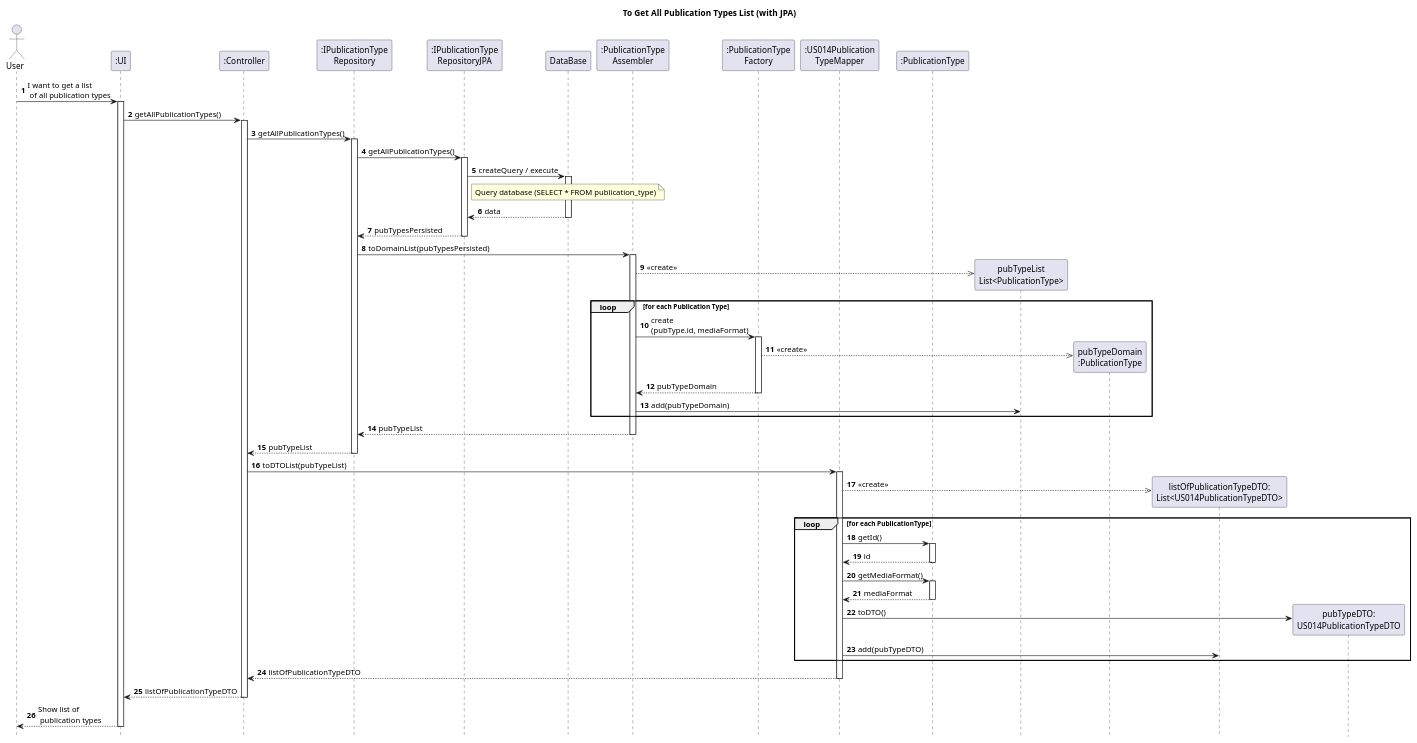
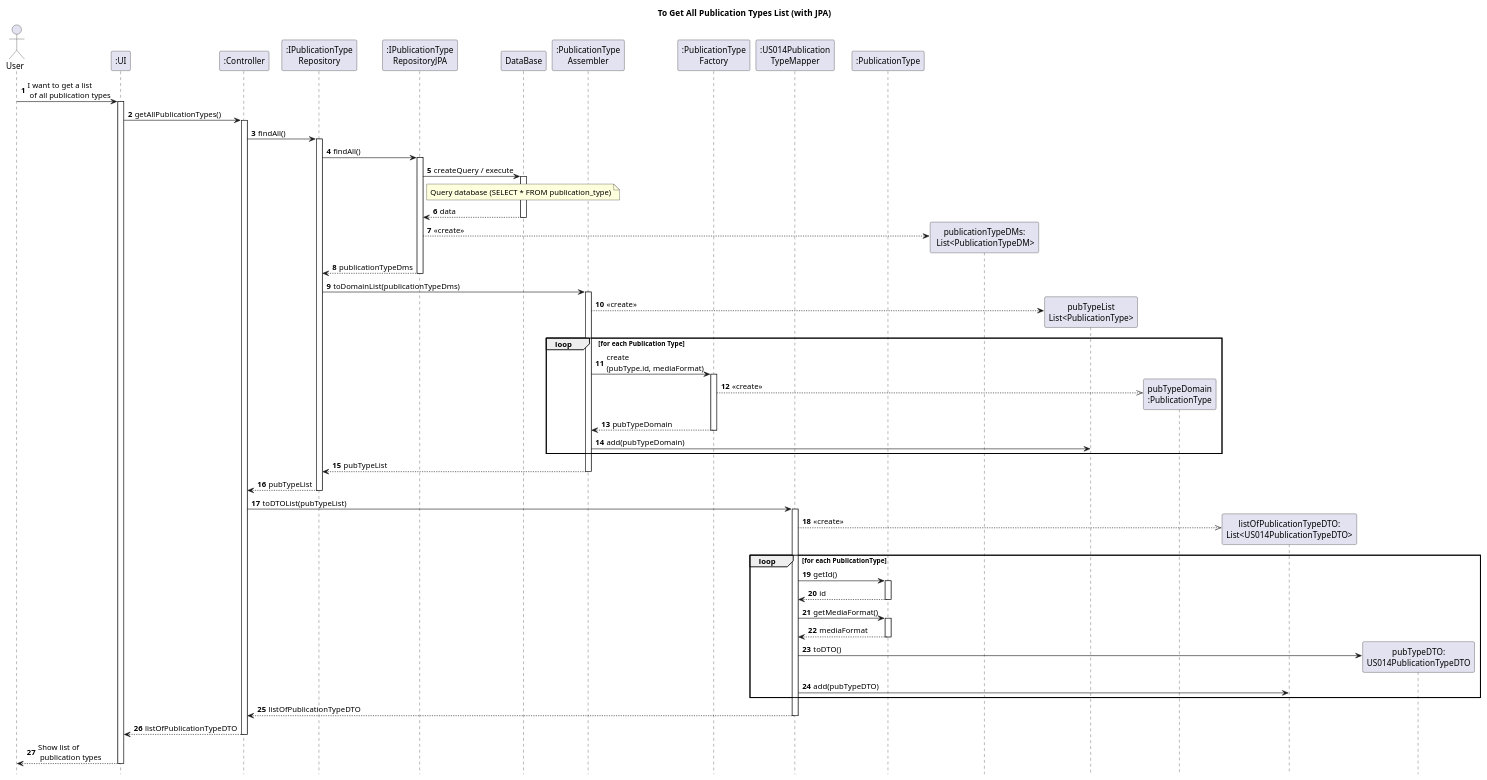
Before and after one commit to AndrePereiraGitH/SWitCH-Project-Team_A: the diagram in Diagrams/SequenceDiagrams/N2/To-get-publication-type-list.puml, drawn with PlantUML. The commit also changed 1 other file, not shown here.

Commit message:
Docs #652: refactoring class and sequence diagrams with JPA

```diff
--- a/Diagrams/SequenceDiagrams/N2/To-get-publication-type-list.puml
+++ b/Diagrams/SequenceDiagrams/N2/To-get-publication-type-list.puml
@@ -1,100 +1,103 @@
 @startuml
 autonumber
 hide footbox
 title To Get All Publication Types List (with JPA)
 
 actor User
 
 participant ":UI" as UI
 participant ":Controller" as C
 participant ":IPublicationType\nRepository" as PTR
 participant ":IPublicationType\nRepositoryJPA" as PTRJPA
 participant "DataBase" as EM
 participant ":PublicationType\nAssembler" as Assembler
 participant ":PublicationType\nFactory" as Factory
 participant ":US014Publication\nTypeMapper" as MAPPER
 participant ":PublicationType" as ENTITY
 
 User -> UI : I want to get a list\n of all publication types
 activate UI
 
 UI -> C : getAllPublicationTypes()
 activate C
 
-C -> PTR : getAllPublicationTypes()
+C -> PTR : findAll()
 activate PTR
 
-PTR -> PTRJPA : getAllPublicationTypes()
+PTR -> PTRJPA : findAll()
 activate PTRJPA
 
 PTRJPA -> EM : createQuery / execute
 activate EM
 
 note over EM
 Query database (SELECT * FROM publication_type)
 end note
 
 EM --> PTRJPA : data
 deactivate EM
 
-PTRJPA --> PTR : pubTypesPersisted
+PTRJPA --> "publicationTypeDMs:\n List<PublicationTypeDM>" ** : <<create>>
+
+PTRJPA --> PTR : publicationTypeDms
 deactivate PTRJPA
 
-PTR -> Assembler : toDomainList(pubTypesPersisted)
+PTR -> Assembler : toDomainList(publicationTypeDms)
 activate Assembler
 
-Assembler -->> "pubTypeList\nList<PublicationType>" ** : <<create>>
+Assembler --> "pubTypeList\nList<PublicationType>" ** : <<create>>
+
 
 loop for each Publication Type
 Assembler -> Factory : create\n(pubType.id, mediaFormat)
 activate Factory
 
 create "pubTypeDomain\n:PublicationType" as pubTypeDomain
 Factory -->> pubTypeDomain : <<create>>
 
 Factory --> Assembler : pubTypeDomain
 deactivate Factory
 
 Assembler -> "pubTypeList\nList<PublicationType>" : add(pubTypeDomain)
 end
 
 Assembler --> PTR : pubTypeList
 deactivate Assembler
 
 
 PTR --> C : pubTypeList
 deactivate PTR
 
 C -> MAPPER : toDTOList(pubTypeList)
 activate MAPPER
 
 create "listOfPublicationTypeDTO:\nList<US014PublicationTypeDTO>" as listDTO
 MAPPER -->> listDTO : <<create>>
 
 loop for each PublicationType
     MAPPER -> ENTITY : getId()
     activate ENTITY
     ENTITY --> MAPPER : id
     deactivate ENTITY
 
     MAPPER -> ENTITY : getMediaFormat()
     activate ENTITY
     ENTITY --> MAPPER : mediaFormat
     deactivate ENTITY
 
     create "pubTypeDTO:\nUS014PublicationTypeDTO" as pubTypeDTO
     MAPPER -> pubTypeDTO : toDTO()
 
     MAPPER -> listDTO : add(pubTypeDTO)
 end
 
 MAPPER --> C : listOfPublicationTypeDTO
 deactivate MAPPER
 
 C --> UI : listOfPublicationTypeDTO
 deactivate C
 
 UI --> User : Show list of\n publication types
 deactivate UI
 
 @enduml
```
